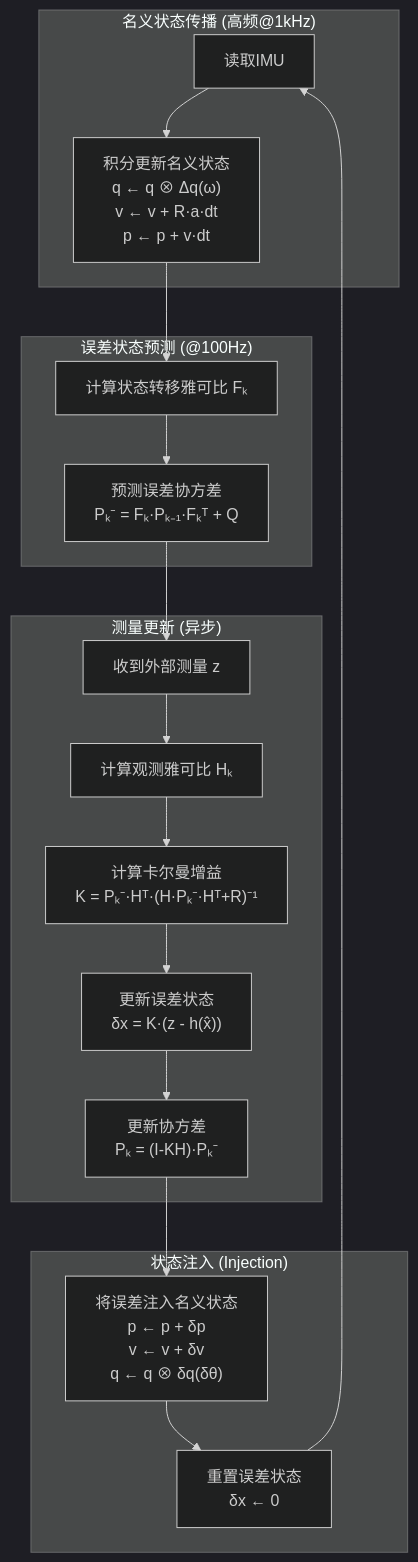
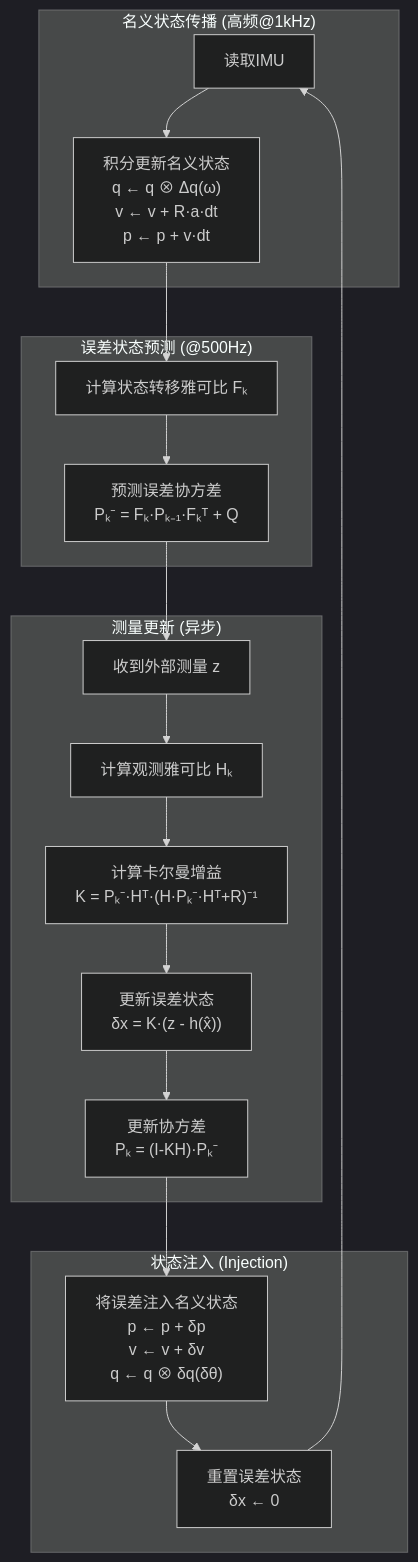
The second of 3 diagrams in 文档/卡尔曼滤波.md (starliliko/diy-drone-powered-by-esp32s3), drawn with Mermaid (dark theme) before and after one commit. The commit also changed other lines of this file and 21 other files, not shown here.

````diff
--- a/文档/卡尔曼滤波.md
+++ b/文档/卡尔曼滤波.md
@@ -518,27 +518,27 @@
 ```mermaid
 flowchart TD
     subgraph 名义状态传播["名义状态传播 (高频@1kHz)"]
         A[读取IMU] --> B["积分更新名义状态<br/>q ← q ⊗ Δq(ω)<br/>v ← v + R·a·dt<br/>p ← p + v·dt"]
     end
 
-    subgraph 误差状态预测["误差状态预测 (@100Hz)"]
+    subgraph 误差状态预测["误差状态预测 (@500Hz)"]
         C["计算状态转移雅可比 Fₖ"] --> D["预测误差协方差<br/>Pₖ⁻ = Fₖ·Pₖ₋₁·Fₖᵀ + Q"]
     end
 
     subgraph 测量更新["测量更新 (异步)"]
         E["收到外部测量 z"] --> F["计算观测雅可比 Hₖ"]
         F --> G["计算卡尔曼增益<br/>K = Pₖ⁻·Hᵀ·(H·Pₖ⁻·Hᵀ+R)⁻¹"]
         G --> H["更新误差状态<br/>δx = K·(z - h(x̂))"]
         H --> I["更新协方差<br/>Pₖ = (I-KH)·Pₖ⁻"]
     end
 
     subgraph 状态注入["状态注入 (Injection)"]
         J["将误差注入名义状态<br/>p ← p + δp<br/>v ← v + δv<br/>q ← q ⊗ δq(δθ)"]
         J --> K["重置误差状态<br/>δx ← 0"]
     end
 
     B --> C
     D --> E
     I --> J
     K --> A
 ```
````
